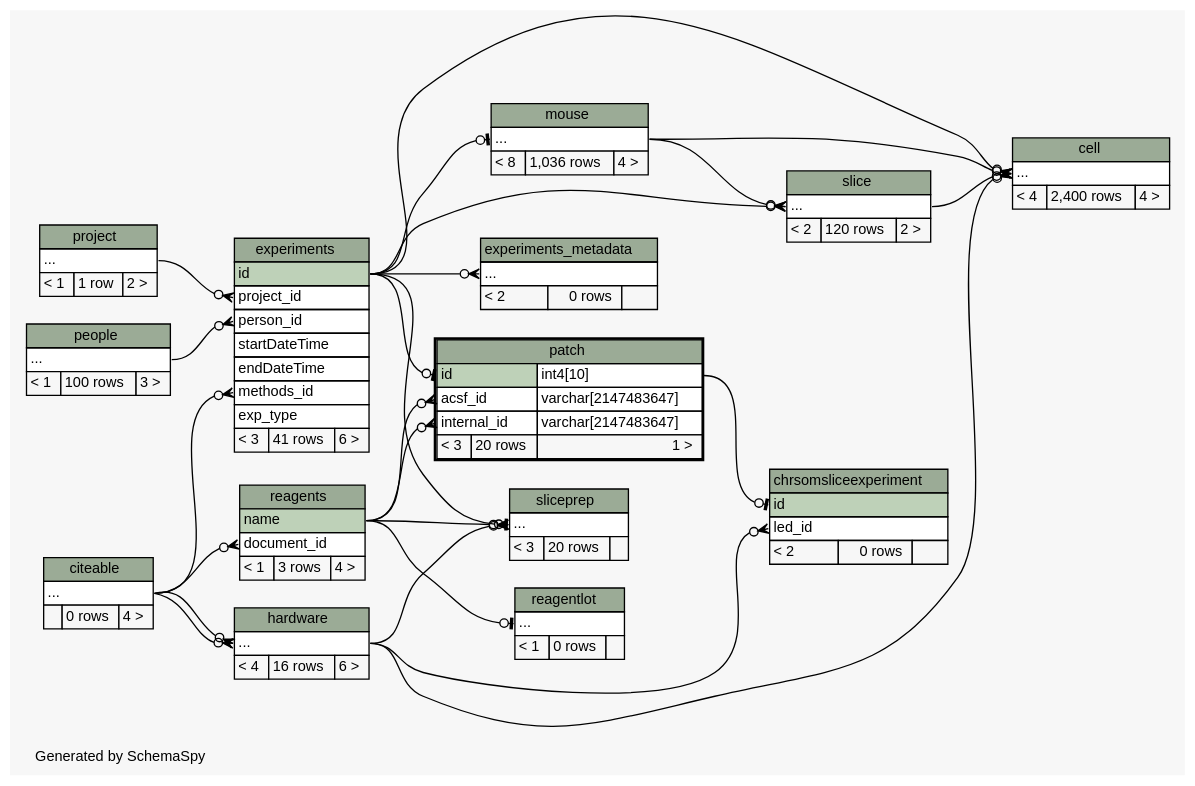
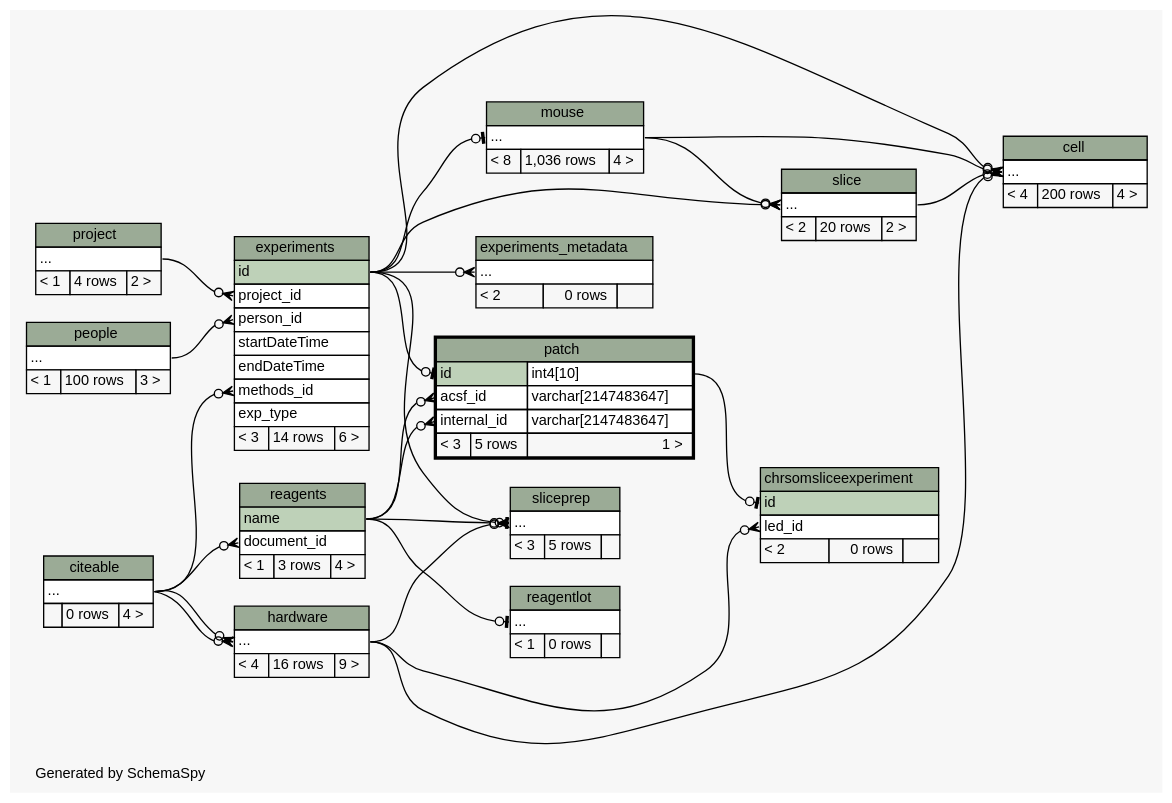
Before and after one commit to tgbugs/mlab: the diagram in database/ss/diagrams/patch.2degrees.dot, drawn with Graphviz. The commit also changed 221 other files, not shown here.

```diff
--- a/database/ss/diagrams/patch.2degrees.dot
+++ b/database/ss/diagrams/patch.2degrees.dot
@@ -1,195 +1,195 @@
 // dot 2.34.0 on Windows 7 6.1
 // SchemaSpy rev 590
 digraph "twoDegreesRelationshipsDiagram" {
   graph [
     rankdir="RL"
     bgcolor="#f7f7f7"
     label="\nGenerated by SchemaSpy"
     labeljust="l"
     nodesep="0.18"
     ranksep="0.46"
     fontname="Helvetica"
     fontsize="11"
   ];
   node [
     fontname="Helvetica"
     fontsize="11"
     shape="plaintext"
   ];
   edge [
     arrowsize="0.8"
   ];
   "cell":"elipses":w -> "experiments":"id":e [arrowhead=none dir=back arrowtail=crowodot];
   "cell":"elipses":w -> "hardware":"elipses":e [arrowhead=none dir=back arrowtail=crowodot];
   "cell":"elipses":w -> "mouse":"elipses":e [arrowhead=none dir=back arrowtail=crowodot];
   "cell":"elipses":w -> "slice":"elipses":e [arrowhead=none dir=back arrowtail=crowodot];
   "chrsomsliceexperiment":"id":w -> "patch":"id.type":e [arrowhead=none dir=back arrowtail=teeodot];
   "chrsomsliceexperiment":"led_id":w -> "hardware":"elipses":e [arrowhead=none dir=back arrowtail=crowodot];
   "experiments":"methods_id":w -> "citeable":"elipses":e [arrowhead=none dir=back arrowtail=crowodot];
   "experiments":"person_id":w -> "people":"elipses":e [arrowhead=none dir=back arrowtail=crowodot];
   "experiments":"project_id":w -> "project":"elipses":e [arrowhead=none dir=back arrowtail=crowodot];
   "experiments_metadata":"elipses":w -> "experiments":"id":e [arrowhead=none dir=back arrowtail=crowodot];
   "hardware":"elipses":w -> "citeable":"elipses":e [arrowhead=none dir=back arrowtail=crowodot];
   "hardware":"elipses":w -> "citeable":"elipses":e [arrowhead=none dir=back arrowtail=crowodot];
   "mouse":"elipses":w -> "experiments":"id":e [arrowhead=none dir=back arrowtail=teeodot];
   "patch":"acsf_id":w -> "reagents":"name":e [arrowhead=none dir=back arrowtail=crowodot];
   "patch":"id":w -> "experiments":"id":e [arrowhead=none dir=back arrowtail=teeodot];
   "patch":"internal_id":w -> "reagents":"name":e [arrowhead=none dir=back arrowtail=crowodot];
   "reagentlot":"elipses":w -> "reagents":"name":e [arrowhead=none dir=back arrowtail=teeodot];
   "reagents":"document_id":w -> "citeable":"elipses":e [arrowhead=none dir=back arrowtail=crowodot];
   "slice":"elipses":w -> "mouse":"elipses":e [arrowhead=none dir=back arrowtail=crowodot];
   "slice":"elipses":w -> "experiments":"id":e [arrowhead=none dir=back arrowtail=crowodot];
   "sliceprep":"elipses":w -> "hardware":"elipses":e [arrowhead=none dir=back arrowtail=crowodot];
   "sliceprep":"elipses":w -> "experiments":"id":e [arrowhead=none dir=back arrowtail=teeodot];
   "sliceprep":"elipses":w -> "reagents":"name":e [arrowhead=none dir=back arrowtail=crowodot];
   "cell" [
     label=<
     <TABLE BORDER="0" CELLBORDER="1" CELLSPACING="0" BGCOLOR="#ffffff">
       <TR><TD COLSPAN="3" BGCOLOR="#9bab96" ALIGN="CENTER">cell</TD></TR>
       <TR><TD PORT="elipses" COLSPAN="3" ALIGN="LEFT">...</TD></TR>
-      <TR><TD ALIGN="LEFT" BGCOLOR="#f7f7f7">&lt; 4</TD><TD ALIGN="RIGHT" BGCOLOR="#f7f7f7">2,400 rows</TD><TD ALIGN="RIGHT" BGCOLOR="#f7f7f7">4 &gt;</TD></TR>
+      <TR><TD ALIGN="LEFT" BGCOLOR="#f7f7f7">&lt; 4</TD><TD ALIGN="RIGHT" BGCOLOR="#f7f7f7">200 rows</TD><TD ALIGN="RIGHT" BGCOLOR="#f7f7f7">4 &gt;</TD></TR>
     </TABLE>>
     URL="cell.html"
     tooltip="cell"
   ];
   "chrsomsliceexperiment" [
     label=<
     <TABLE BORDER="0" CELLBORDER="1" CELLSPACING="0" BGCOLOR="#ffffff">
       <TR><TD COLSPAN="3" BGCOLOR="#9bab96" ALIGN="CENTER">chrsomsliceexperiment</TD></TR>
       <TR><TD PORT="id" COLSPAN="3" BGCOLOR="#bed1b8" ALIGN="LEFT">id</TD></TR>
       <TR><TD PORT="led_id" COLSPAN="3" ALIGN="LEFT">led_id</TD></TR>
       <TR><TD ALIGN="LEFT" BGCOLOR="#f7f7f7">&lt; 2</TD><TD ALIGN="RIGHT" BGCOLOR="#f7f7f7">0 rows</TD><TD ALIGN="RIGHT" BGCOLOR="#f7f7f7">  </TD></TR>
     </TABLE>>
     URL="chrsomsliceexperiment.html"
     tooltip="chrsomsliceexperiment"
   ];
   "citeable" [
     label=<
     <TABLE BORDER="0" CELLBORDER="1" CELLSPACING="0" BGCOLOR="#ffffff">
       <TR><TD COLSPAN="3" BGCOLOR="#9bab96" ALIGN="CENTER">citeable</TD></TR>
       <TR><TD PORT="elipses" COLSPAN="3" ALIGN="LEFT">...</TD></TR>
       <TR><TD ALIGN="LEFT" BGCOLOR="#f7f7f7">  </TD><TD ALIGN="RIGHT" BGCOLOR="#f7f7f7">0 rows</TD><TD ALIGN="RIGHT" BGCOLOR="#f7f7f7">4 &gt;</TD></TR>
     </TABLE>>
     URL="citeable.html"
     tooltip="citeable"
   ];
   "experiments" [
     label=<
     <TABLE BORDER="0" CELLBORDER="1" CELLSPACING="0" BGCOLOR="#ffffff">
       <TR><TD COLSPAN="3" BGCOLOR="#9bab96" ALIGN="CENTER">experiments</TD></TR>
       <TR><TD PORT="id" COLSPAN="3" BGCOLOR="#bed1b8" ALIGN="LEFT">id</TD></TR>
       <TR><TD PORT="project_id" COLSPAN="3" ALIGN="LEFT">project_id</TD></TR>
       <TR><TD PORT="person_id" COLSPAN="3" ALIGN="LEFT">person_id</TD></TR>
       <TR><TD PORT="startDateTime" COLSPAN="3" ALIGN="LEFT">startDateTime</TD></TR>
       <TR><TD PORT="endDateTime" COLSPAN="3" ALIGN="LEFT">endDateTime</TD></TR>
       <TR><TD PORT="methods_id" COLSPAN="3" ALIGN="LEFT">methods_id</TD></TR>
       <TR><TD PORT="exp_type" COLSPAN="3" ALIGN="LEFT">exp_type</TD></TR>
-      <TR><TD ALIGN="LEFT" BGCOLOR="#f7f7f7">&lt; 3</TD><TD ALIGN="RIGHT" BGCOLOR="#f7f7f7">41 rows</TD><TD ALIGN="RIGHT" BGCOLOR="#f7f7f7">6 &gt;</TD></TR>
+      <TR><TD ALIGN="LEFT" BGCOLOR="#f7f7f7">&lt; 3</TD><TD ALIGN="RIGHT" BGCOLOR="#f7f7f7">14 rows</TD><TD ALIGN="RIGHT" BGCOLOR="#f7f7f7">6 &gt;</TD></TR>
     </TABLE>>
     URL="experiments.html"
     tooltip="experiments"
   ];
   "experiments_metadata" [
     label=<
     <TABLE BORDER="0" CELLBORDER="1" CELLSPACING="0" BGCOLOR="#ffffff">
       <TR><TD COLSPAN="3" BGCOLOR="#9bab96" ALIGN="CENTER">experiments_metadata</TD></TR>
       <TR><TD PORT="elipses" COLSPAN="3" ALIGN="LEFT">...</TD></TR>
       <TR><TD ALIGN="LEFT" BGCOLOR="#f7f7f7">&lt; 2</TD><TD ALIGN="RIGHT" BGCOLOR="#f7f7f7">0 rows</TD><TD ALIGN="RIGHT" BGCOLOR="#f7f7f7">  </TD></TR>
     </TABLE>>
     URL="experiments_metadata.html"
     tooltip="experiments_metadata"
   ];
   "hardware" [
     label=<
     <TABLE BORDER="0" CELLBORDER="1" CELLSPACING="0" BGCOLOR="#ffffff">
       <TR><TD COLSPAN="3" BGCOLOR="#9bab96" ALIGN="CENTER">hardware</TD></TR>
       <TR><TD PORT="elipses" COLSPAN="3" ALIGN="LEFT">...</TD></TR>
-      <TR><TD ALIGN="LEFT" BGCOLOR="#f7f7f7">&lt; 4</TD><TD ALIGN="RIGHT" BGCOLOR="#f7f7f7">16 rows</TD><TD ALIGN="RIGHT" BGCOLOR="#f7f7f7">6 &gt;</TD></TR>
+      <TR><TD ALIGN="LEFT" BGCOLOR="#f7f7f7">&lt; 4</TD><TD ALIGN="RIGHT" BGCOLOR="#f7f7f7">16 rows</TD><TD ALIGN="RIGHT" BGCOLOR="#f7f7f7">9 &gt;</TD></TR>
     </TABLE>>
     URL="hardware.html"
     tooltip="hardware"
   ];
   "mouse" [
     label=<
     <TABLE BORDER="0" CELLBORDER="1" CELLSPACING="0" BGCOLOR="#ffffff">
       <TR><TD COLSPAN="3" BGCOLOR="#9bab96" ALIGN="CENTER">mouse</TD></TR>
       <TR><TD PORT="elipses" COLSPAN="3" ALIGN="LEFT">...</TD></TR>
       <TR><TD ALIGN="LEFT" BGCOLOR="#f7f7f7">&lt; 8</TD><TD ALIGN="RIGHT" BGCOLOR="#f7f7f7">1,036 rows</TD><TD ALIGN="RIGHT" BGCOLOR="#f7f7f7">4 &gt;</TD></TR>
     </TABLE>>
     URL="mouse.html"
     tooltip="mouse"
   ];
   "patch" [
     label=<
     <TABLE BORDER="2" CELLBORDER="1" CELLSPACING="0" BGCOLOR="#ffffff">
       <TR><TD COLSPAN="3" BGCOLOR="#9bab96" ALIGN="CENTER">patch</TD></TR>
       <TR><TD PORT="id" COLSPAN="2" BGCOLOR="#bed1b8" ALIGN="LEFT">id</TD><TD PORT="id.type" ALIGN="LEFT">int4[10]</TD></TR>
       <TR><TD PORT="acsf_id" COLSPAN="2" ALIGN="LEFT">acsf_id</TD><TD PORT="acsf_id.type" ALIGN="LEFT">varchar[2147483647]</TD></TR>
       <TR><TD PORT="internal_id" COLSPAN="2" ALIGN="LEFT">internal_id</TD><TD PORT="internal_id.type" ALIGN="LEFT">varchar[2147483647]</TD></TR>
-      <TR><TD ALIGN="LEFT" BGCOLOR="#f7f7f7">&lt; 3</TD><TD ALIGN="RIGHT" BGCOLOR="#f7f7f7">20 rows</TD><TD ALIGN="RIGHT" BGCOLOR="#f7f7f7">1 &gt;</TD></TR>
+      <TR><TD ALIGN="LEFT" BGCOLOR="#f7f7f7">&lt; 3</TD><TD ALIGN="RIGHT" BGCOLOR="#f7f7f7">5 rows</TD><TD ALIGN="RIGHT" BGCOLOR="#f7f7f7">1 &gt;</TD></TR>
     </TABLE>>
     URL="patch.html"
     tooltip="patch"
   ];
   "people" [
     label=<
     <TABLE BORDER="0" CELLBORDER="1" CELLSPACING="0" BGCOLOR="#ffffff">
       <TR><TD COLSPAN="3" BGCOLOR="#9bab96" ALIGN="CENTER">people</TD></TR>
       <TR><TD PORT="elipses" COLSPAN="3" ALIGN="LEFT">...</TD></TR>
       <TR><TD ALIGN="LEFT" BGCOLOR="#f7f7f7">&lt; 1</TD><TD ALIGN="RIGHT" BGCOLOR="#f7f7f7">100 rows</TD><TD ALIGN="RIGHT" BGCOLOR="#f7f7f7">3 &gt;</TD></TR>
     </TABLE>>
     URL="people.html"
     tooltip="people"
   ];
   "project" [
     label=<
     <TABLE BORDER="0" CELLBORDER="1" CELLSPACING="0" BGCOLOR="#ffffff">
       <TR><TD COLSPAN="3" BGCOLOR="#9bab96" ALIGN="CENTER">project</TD></TR>
       <TR><TD PORT="elipses" COLSPAN="3" ALIGN="LEFT">...</TD></TR>
-      <TR><TD ALIGN="LEFT" BGCOLOR="#f7f7f7">&lt; 1</TD><TD ALIGN="RIGHT" BGCOLOR="#f7f7f7">1 row</TD><TD ALIGN="RIGHT" BGCOLOR="#f7f7f7">2 &gt;</TD></TR>
+      <TR><TD ALIGN="LEFT" BGCOLOR="#f7f7f7">&lt; 1</TD><TD ALIGN="RIGHT" BGCOLOR="#f7f7f7">4 rows</TD><TD ALIGN="RIGHT" BGCOLOR="#f7f7f7">2 &gt;</TD></TR>
     </TABLE>>
     URL="project.html"
     tooltip="project"
   ];
   "reagentlot" [
     label=<
     <TABLE BORDER="0" CELLBORDER="1" CELLSPACING="0" BGCOLOR="#ffffff">
       <TR><TD COLSPAN="3" BGCOLOR="#9bab96" ALIGN="CENTER">reagentlot</TD></TR>
       <TR><TD PORT="elipses" COLSPAN="3" ALIGN="LEFT">...</TD></TR>
       <TR><TD ALIGN="LEFT" BGCOLOR="#f7f7f7">&lt; 1</TD><TD ALIGN="RIGHT" BGCOLOR="#f7f7f7">0 rows</TD><TD ALIGN="RIGHT" BGCOLOR="#f7f7f7">  </TD></TR>
     </TABLE>>
     URL="reagentlot.html"
     tooltip="reagentlot"
   ];
   "reagents" [
     label=<
     <TABLE BORDER="0" CELLBORDER="1" CELLSPACING="0" BGCOLOR="#ffffff">
       <TR><TD COLSPAN="3" BGCOLOR="#9bab96" ALIGN="CENTER">reagents</TD></TR>
       <TR><TD PORT="name" COLSPAN="3" BGCOLOR="#bed1b8" ALIGN="LEFT">name</TD></TR>
       <TR><TD PORT="document_id" COLSPAN="3" ALIGN="LEFT">document_id</TD></TR>
       <TR><TD ALIGN="LEFT" BGCOLOR="#f7f7f7">&lt; 1</TD><TD ALIGN="RIGHT" BGCOLOR="#f7f7f7">3 rows</TD><TD ALIGN="RIGHT" BGCOLOR="#f7f7f7">4 &gt;</TD></TR>
     </TABLE>>
     URL="reagents.html"
     tooltip="reagents"
   ];
   "slice" [
     label=<
     <TABLE BORDER="0" CELLBORDER="1" CELLSPACING="0" BGCOLOR="#ffffff">
       <TR><TD COLSPAN="3" BGCOLOR="#9bab96" ALIGN="CENTER">slice</TD></TR>
       <TR><TD PORT="elipses" COLSPAN="3" ALIGN="LEFT">...</TD></TR>
-      <TR><TD ALIGN="LEFT" BGCOLOR="#f7f7f7">&lt; 2</TD><TD ALIGN="RIGHT" BGCOLOR="#f7f7f7">120 rows</TD><TD ALIGN="RIGHT" BGCOLOR="#f7f7f7">2 &gt;</TD></TR>
+      <TR><TD ALIGN="LEFT" BGCOLOR="#f7f7f7">&lt; 2</TD><TD ALIGN="RIGHT" BGCOLOR="#f7f7f7">20 rows</TD><TD ALIGN="RIGHT" BGCOLOR="#f7f7f7">2 &gt;</TD></TR>
     </TABLE>>
     URL="slice.html"
     tooltip="slice"
   ];
   "sliceprep" [
     label=<
     <TABLE BORDER="0" CELLBORDER="1" CELLSPACING="0" BGCOLOR="#ffffff">
       <TR><TD COLSPAN="3" BGCOLOR="#9bab96" ALIGN="CENTER">sliceprep</TD></TR>
       <TR><TD PORT="elipses" COLSPAN="3" ALIGN="LEFT">...</TD></TR>
-      <TR><TD ALIGN="LEFT" BGCOLOR="#f7f7f7">&lt; 3</TD><TD ALIGN="RIGHT" BGCOLOR="#f7f7f7">20 rows</TD><TD ALIGN="RIGHT" BGCOLOR="#f7f7f7">  </TD></TR>
+      <TR><TD ALIGN="LEFT" BGCOLOR="#f7f7f7">&lt; 3</TD><TD ALIGN="RIGHT" BGCOLOR="#f7f7f7">5 rows</TD><TD ALIGN="RIGHT" BGCOLOR="#f7f7f7">  </TD></TR>
     </TABLE>>
     URL="sliceprep.html"
     tooltip="sliceprep"
   ];
 }
```
